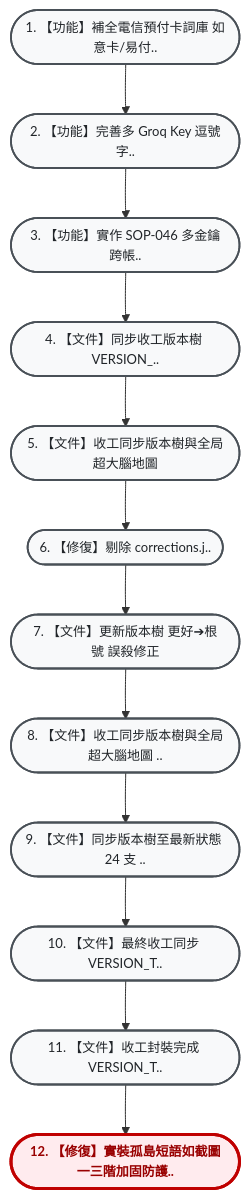
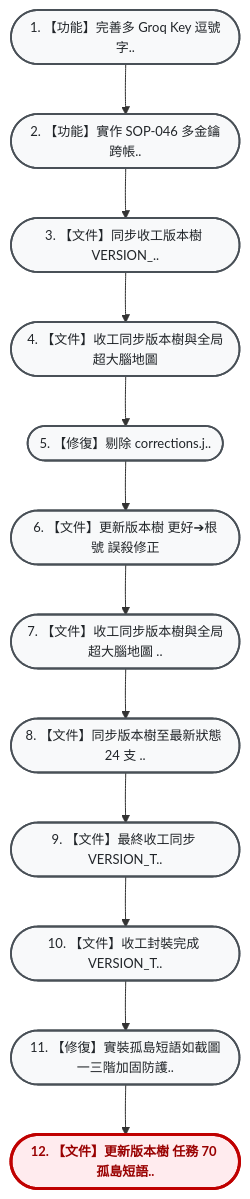
Before and after one commit to hjen8/NoType-Scribe: the diagram in VERSION_TREE.md, drawn with Mermaid. The commit also changed other lines of this file and 2 other files, not shown here.

````diff
--- a/VERSION_TREE.md
+++ b/VERSION_TREE.md
@@ -13,32 +13,32 @@
 ```mermaid
 flowchart TD
     %% 雙壁版本樹專用視覺化配色風格 (由上而下 TD 垂直大字純中文版)
     classDef default fill:#f8f9fa,stroke:#495057,stroke-width:1.8px,color:#212529,font-size:13px;
     classDef current fill:#ffebee,stroke:#c00000,stroke-width:3px,color:#900,font-weight:bold,font-size:13px;
     classDef mergeNode fill:#e3f2fd,stroke:#1565c0,stroke-width:2px,color:#0d47a1,font-size:13px;
     classDef detour fill:#fff3e0,stroke:#e65100,stroke-width:2px,color:#b78103,font-size:13px;
     classDef transplant fill:#f3e5f5,stroke:#4a148c,stroke-width:2.5px,color:#4a148c,font-weight:bold,font-size:13px;
-    n_7440da6(["1. 【功能】補全電信預付卡詞庫 如意卡/易付.."]):::default
-    n_4cc62de(["2. 【功能】完善多 Groq Key 逗號字.."]):::default
-    n_7373595(["3. 【功能】實作 SOP-046 多金鑰跨帳.."]):::default
-    n_c38586c(["4. 【文件】同步收工版本樹 VERSION_.."]):::default
-    n_bc83599(["5. 【文件】收工同步版本樹與全局超大腦地圖"]):::default
-    n_209af02(["6. 【修復】剔除 corrections.j.."]):::default
-    n_dc9d613(["7. 【文件】更新版本樹 更好➔根號 誤殺修正"]):::default
-    n_297e9ec(["8. 【文件】收工同步版本樹與全局超大腦地圖 .."]):::default
-    n_a3811e6(["9. 【文件】同步版本樹至最新狀態 24 支 .."]):::default
-    n_2516eea(["10. 【文件】最終收工同步 VERSION_T.."]):::default
-    n_af77786(["11. 【文件】收工封裝完成 VERSION_T.."]):::default
-    n_e918eec(["12. 【修復】實裝孤島短語如截圖一三階加固防護.."]):::current
-    n_7440da6 --> n_4cc62de
+    n_4cc62de(["1. 【功能】完善多 Groq Key 逗號字.."]):::default
+    n_7373595(["2. 【功能】實作 SOP-046 多金鑰跨帳.."]):::default
+    n_c38586c(["3. 【文件】同步收工版本樹 VERSION_.."]):::default
+    n_bc83599(["4. 【文件】收工同步版本樹與全局超大腦地圖"]):::default
+    n_209af02(["5. 【修復】剔除 corrections.j.."]):::default
+    n_dc9d613(["6. 【文件】更新版本樹 更好➔根號 誤殺修正"]):::default
+    n_297e9ec(["7. 【文件】收工同步版本樹與全局超大腦地圖 .."]):::default
+    n_a3811e6(["8. 【文件】同步版本樹至最新狀態 24 支 .."]):::default
+    n_2516eea(["9. 【文件】最終收工同步 VERSION_T.."]):::default
+    n_af77786(["10. 【文件】收工封裝完成 VERSION_T.."]):::default
+    n_e918eec(["11. 【修復】實裝孤島短語如截圖一三階加固防護.."]):::default
+    n_7475ca1(["12. 【文件】更新版本樹 任務 70 孤島短語.."]):::current
     n_4cc62de --> n_7373595
     n_7373595 --> n_c38586c
     n_c38586c --> n_bc83599
     n_bc83599 --> n_209af02
     n_209af02 --> n_dc9d613
     n_dc9d613 --> n_297e9ec
     n_297e9ec --> n_a3811e6
     n_a3811e6 --> n_2516eea
     n_2516eea --> n_af77786
     n_af77786 --> n_e918eec
+    n_e918eec --> n_7475ca1
 ```
````
